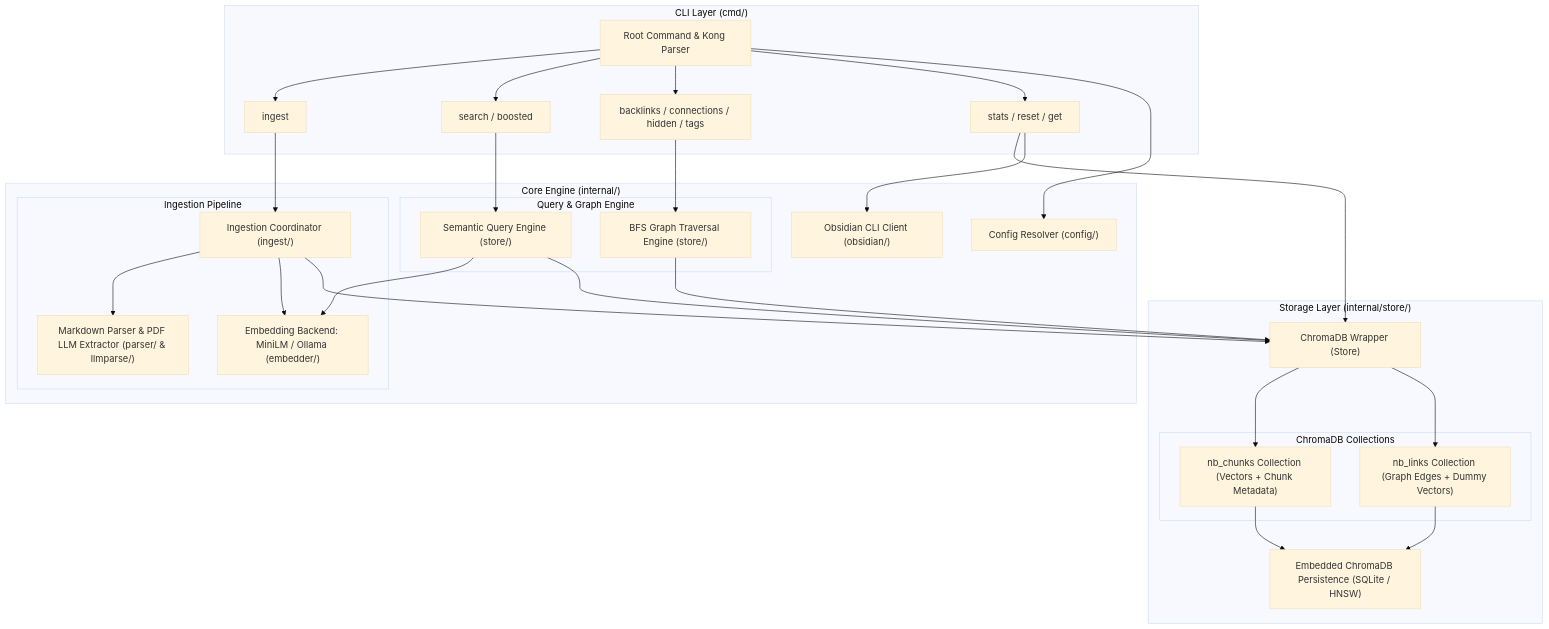
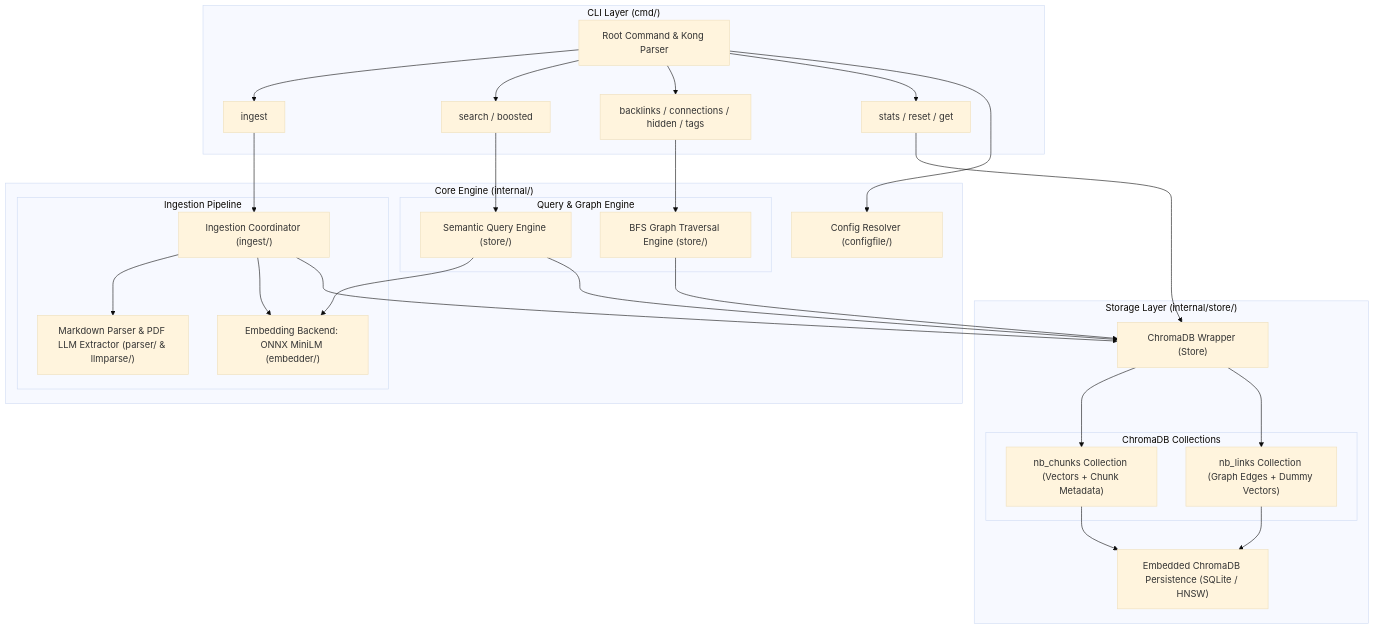
One commit to birhantprkc/notebrain-cli changed the diagram in wiki/Architecture.md. Above: the diagram before and after it, drawn with Mermaid (base theme). The commit also changed other lines of this file and 7 other files, not shown here.

````diff
--- a/wiki/Architecture.md
+++ b/wiki/Architecture.md
@@ -11,56 +11,55 @@
 ```mermaid
 graph TD
     subgraph CLI ["CLI Layer (cmd/)"]
         Root["Root Command & Kong Parser"]
         CmdIngest["ingest"]
         CmdSearch["search / boosted"]
         CmdGraph["backlinks / connections / hidden / tags"]
         CmdVault["stats / reset / get"]
     end
 
     subgraph Core ["Core Engine (internal/)"]
-        Config["Config Resolver (config/)"]
-        Obsidian["Obsidian CLI Client (obsidian/)"]
+        Config["Config Resolver (configfile/)"]
 
         subgraph IngestionPipeline ["Ingestion Pipeline"]
             Parser["Markdown Parser & PDF LLM Extractor (parser/ & llmparse/)"]
-            Embedder["Embedding Backend: MiniLM / Ollama (embedder/)"]
+            Embedder["Embedding Backend: ONNX MiniLM (embedder/)"]
             Ingest["Ingestion Coordinator (ingest/)"]
         end
 
         subgraph QueryEngine ["Query & Graph Engine"]
             Query["Semantic Query Engine (store/)"]
             Graph["BFS Graph Traversal Engine (store/)"]
         end
     end
 
     subgraph Storage ["Storage Layer (internal/store/)"]
         ChromaStore["ChromaDB Wrapper (Store)"]
 
         subgraph Collections ["ChromaDB Collections"]
             NbChunks["nb_chunks Collection (Vectors + Chunk Metadata)"]
             NbLinks["nb_links Collection (Graph Edges + Dummy Vectors)"]
         end
 
         SQLite["Embedded ChromaDB Persistence (SQLite / HNSW)"]
     end
 
     Root --> CmdIngest & CmdSearch & CmdGraph & CmdVault
     Root --> Config
 
     CmdIngest --> Ingest
     Ingest --> Parser
     Ingest --> Embedder
     Ingest --> ChromaStore
 
     CmdSearch --> Query
     CmdGraph --> Graph
-    CmdVault --> ChromaStore & Obsidian
+    CmdVault --> ChromaStore
 
     Query --> Embedder
     Query --> ChromaStore
     Graph --> ChromaStore
 
     ChromaStore --> NbChunks & NbLinks
     NbChunks & NbLinks --> SQLite
 ```
````
